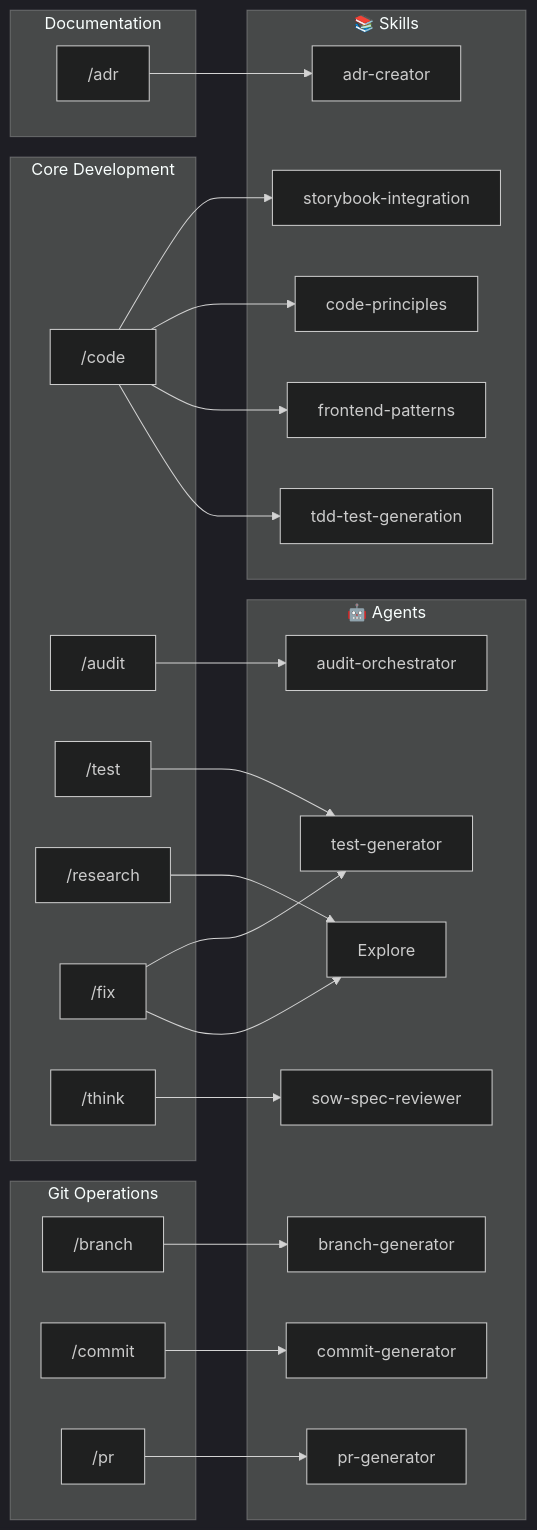
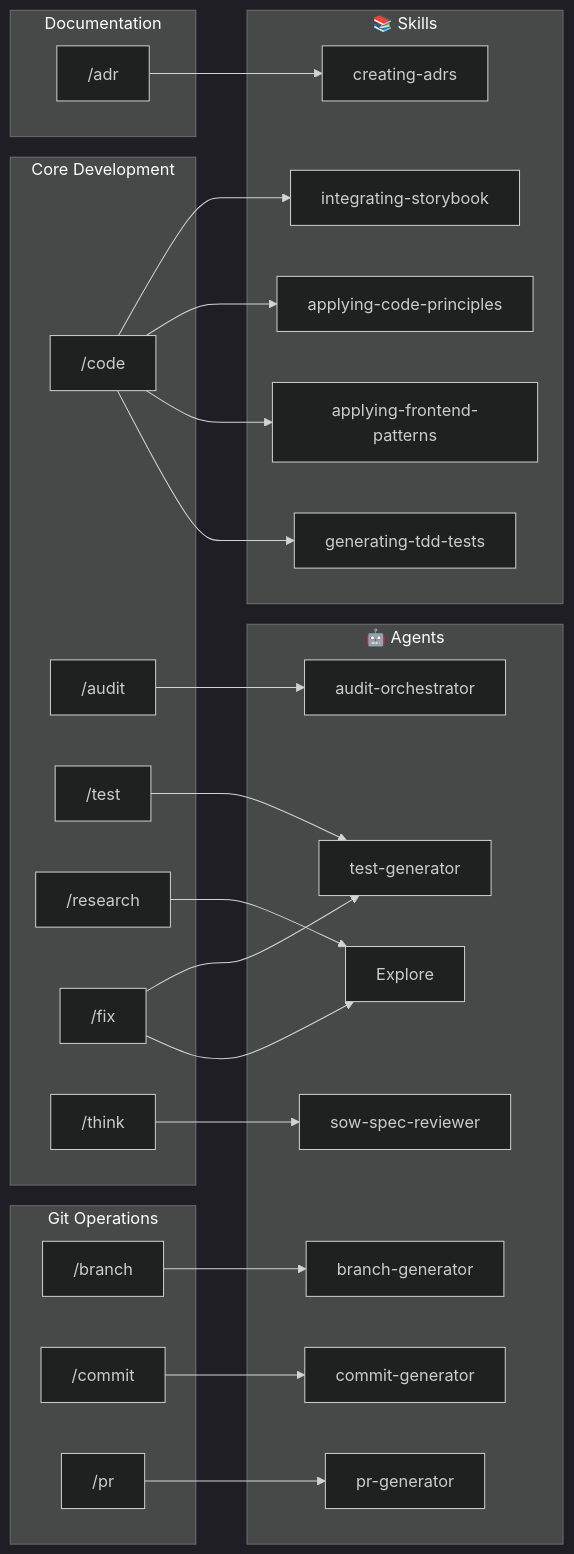
One commit to thkt/dotclaude changed the second of 2 diagrams in docs/COMMANDS.md. Above: the diagram before and after it, drawn with Mermaid (dark theme). The commit also changed other lines of this file and 44 other files, not shown here.

````diff
--- a/docs/COMMANDS.md
+++ b/docs/COMMANDS.md
@@ -439,52 +439,52 @@
 ```mermaid
 flowchart LR
     subgraph Core["Core Development"]
         code["/code"]
         audit["/audit"]
         test["/test"]
         research["/research"]
         fix["/fix"]
         think["/think"]
     end
 
     subgraph Git["Git Operations"]
         branch["/branch"]
         commit["/commit"]
         pr["/pr"]
     end
 
     subgraph Docs["Documentation"]
         adr["/adr"]
     end
 
     subgraph Agents["🤖 Agents"]
         review_orch["audit-orchestrator"]
         test_gen["test-generator"]
         explore["Explore"]
         sow_spec["sow-spec-reviewer"]
         branch_gen["branch-generator"]
         commit_gen["commit-generator"]
         pr_gen["pr-generator"]
     end
 
     subgraph Skills["📚 Skills"]
-        tdd["tdd-test-generation"]
-        frontend["frontend-patterns"]
-        principles["code-principles"]
-        storybook["storybook-integration"]
-        adr_creator["adr-creator"]
+        tdd["generating-tdd-tests"]
+        frontend["applying-frontend-patterns"]
+        principles["applying-code-principles"]
+        storybook["integrating-storybook"]
+        adr_creator["creating-adrs"]
     end
 
     code --> tdd & frontend & principles & storybook
     audit --> review_orch
     test --> test_gen
     research --> explore
     fix --> explore & test_gen
     think --> sow_spec
 
     branch --> branch_gen
     commit --> commit_gen
     pr --> pr_gen
 
     adr --> adr_creator
 ```
````
